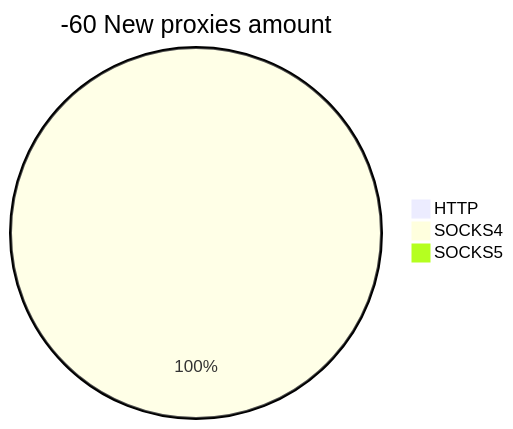
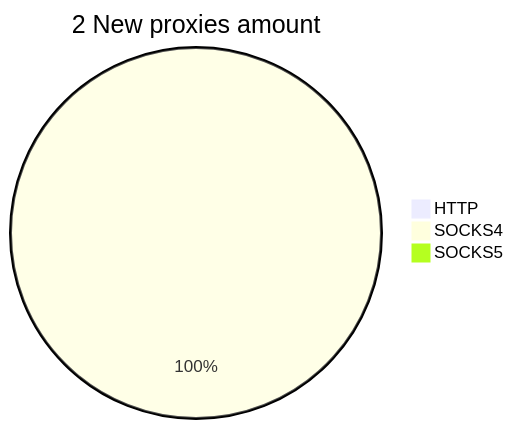
One commit to cutipu/proxylist changed the second of 2 diagrams in README.md. Above: the diagram before and after it, drawn with Mermaid. The commit also changed other lines of this file, not shown here.

````diff
--- a/README.md
+++ b/README.md
@@ -10,6 +10,6 @@
 ```mermaid
-pie title -60 New proxies amount
+pie title 2 New proxies amount
     "HTTP" : 0
-    "SOCKS4" : 2
+    "SOCKS4" : 5
     "SOCKS5" : 0
 ```
````
